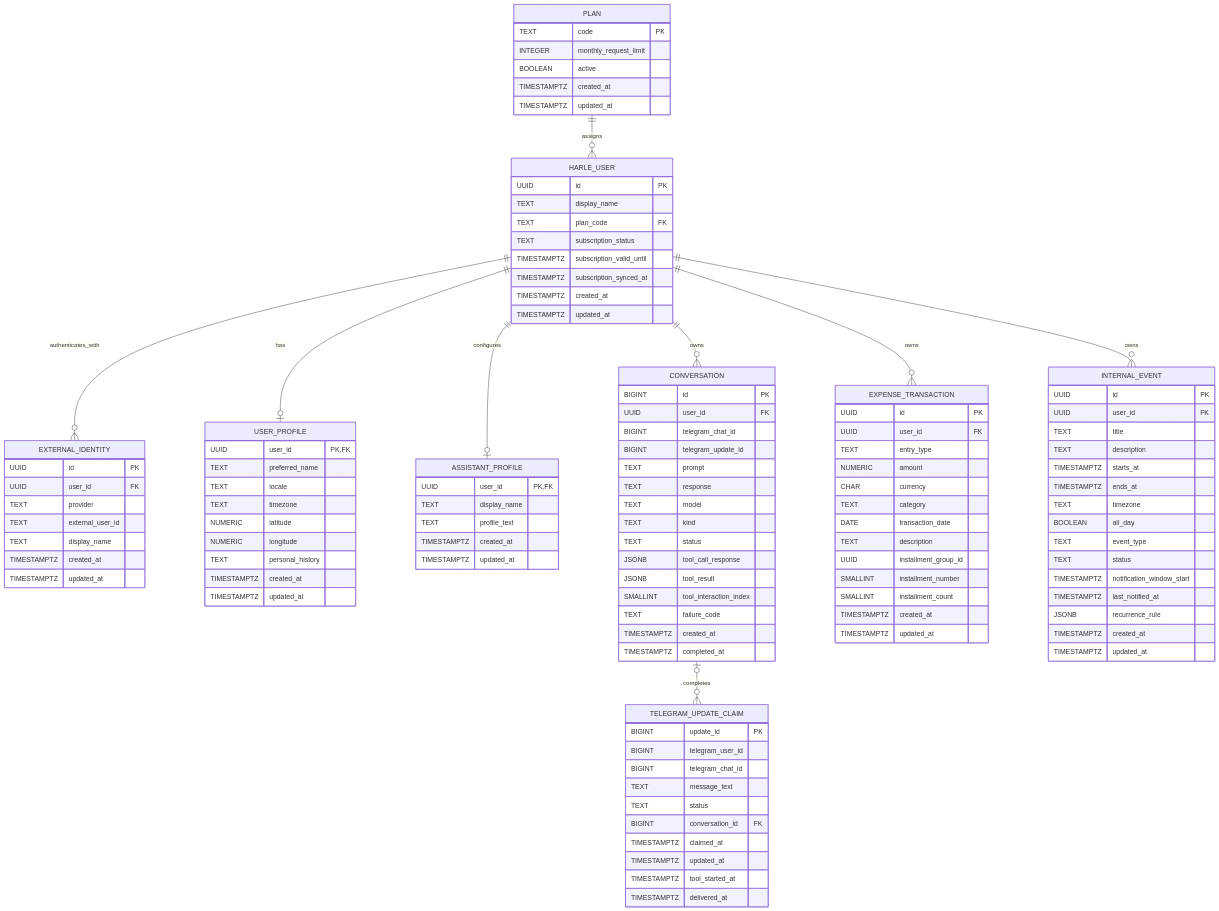
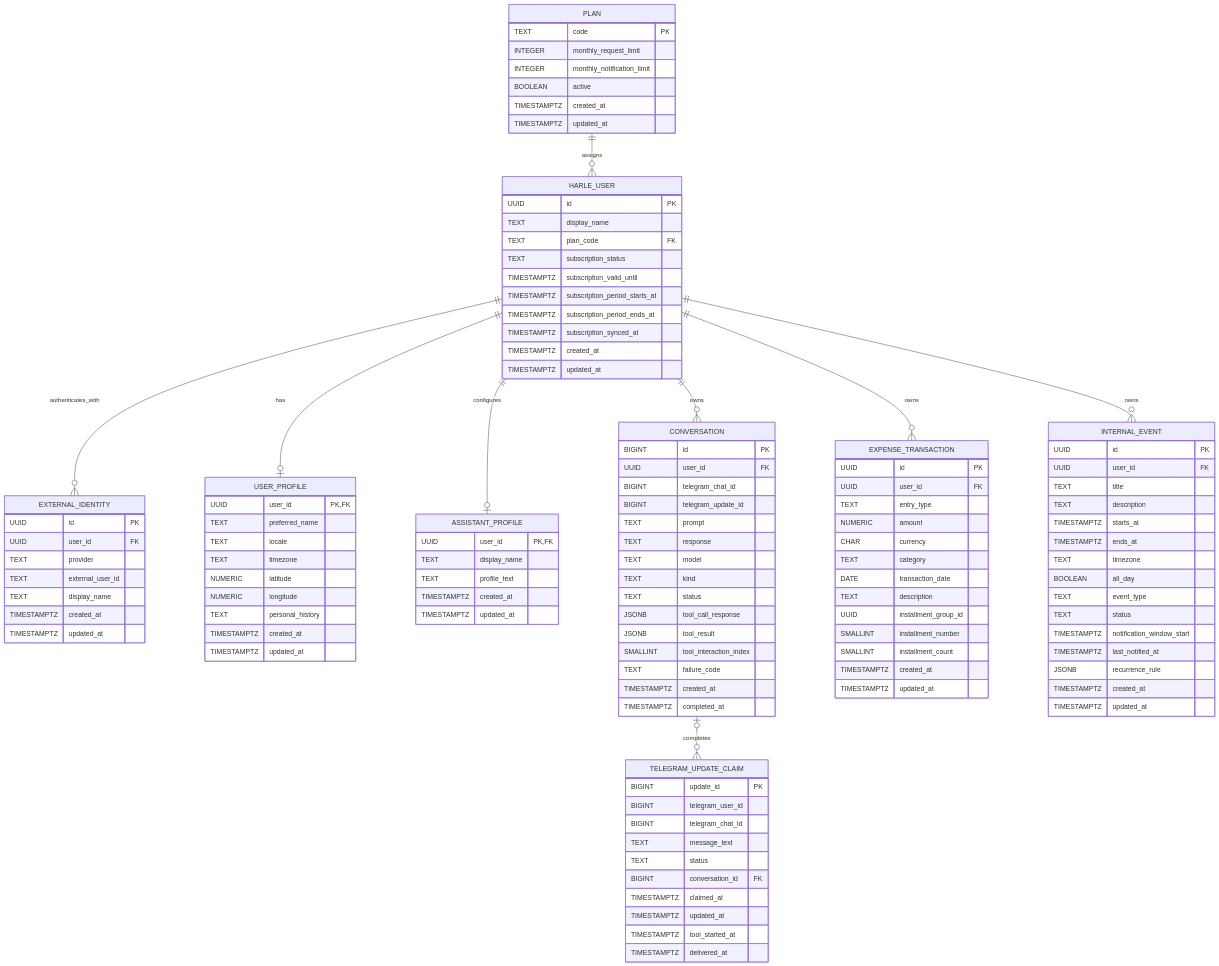
The first of 2 diagrams in docs/05_ERD.md (JuanJFarina/custom-gemini-cli), drawn with Mermaid before and after one commit. The commit also changed other lines of this file and 8 other files, not shown here.

```diff
--- a/docs/05_ERD.md
+++ b/docs/05_ERD.md
@@ -18,6 +18,7 @@
     PLAN {
         TEXT code PK
         INTEGER monthly_request_limit
+        INTEGER monthly_notification_limit
         BOOLEAN active
         TIMESTAMPTZ created_at
         TIMESTAMPTZ updated_at
@@ -29,6 +30,8 @@
         TEXT plan_code FK
         TEXT subscription_status
         TIMESTAMPTZ subscription_valid_until
+        TIMESTAMPTZ subscription_period_starts_at
+        TIMESTAMPTZ subscription_period_ends_at
         TIMESTAMPTZ subscription_synced_at
         TIMESTAMPTZ created_at
         TIMESTAMPTZ updated_at
```
